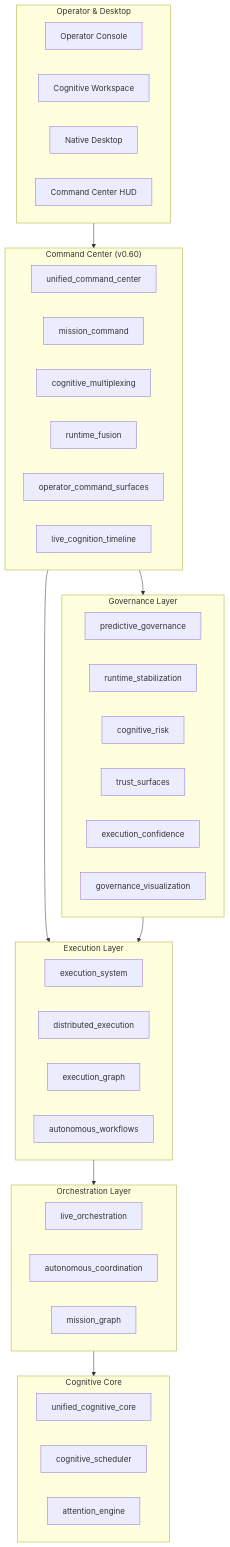
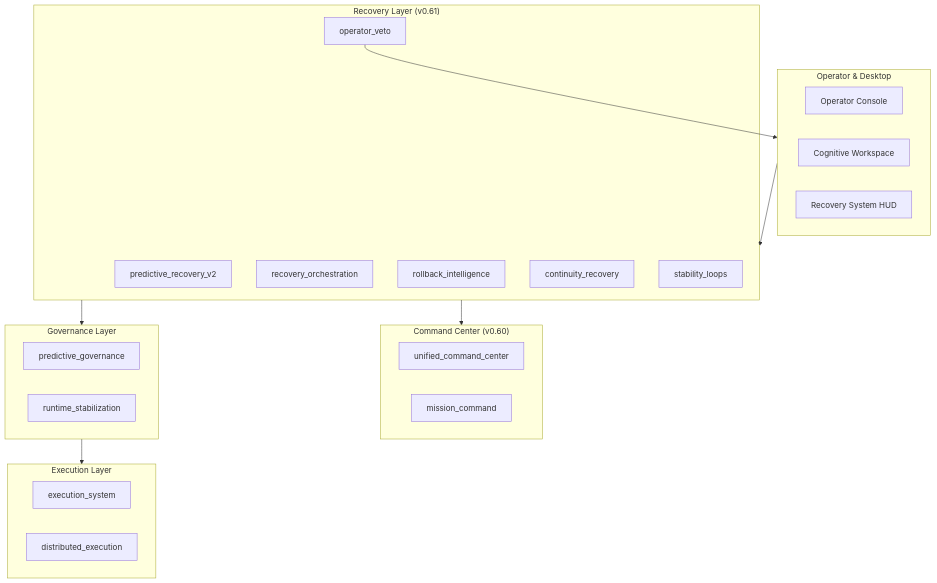
The seventh of 7 diagrams in README.md (FrostXMello/odin-runtime), drawn with Mermaid before and after one commit. The commit also changed other lines of this file and 27 other files, not shown here.

````diff
--- a/README.md
+++ b/README.md
@@ -275,53 +255,38 @@
 ```mermaid
 flowchart TB
     subgraph UI["Operator & Desktop"]
         OC[Operator Console]
         CW[Cognitive Workspace]
-        ND[Native Desktop]
-        CC[Command Center HUD]
+        RS_UI[Recovery System HUD]
+    end
+
+    subgraph Recovery["Recovery Layer (v0.61)"]
+        PR[predictive_recovery_v2]
+        RO[recovery_orchestration]
+        RI[rollback_intelligence]
+        CR[continuity_recovery]
+        SL[stability_loops]
+        OV[operator_veto]
     end
 
     subgraph Command["Command Center (v0.60)"]
         UCC[unified_command_center]
         MC[mission_command]
-        CM[cognitive_multiplexing]
-        RF[runtime_fusion]
-        OCS[operator_command_surfaces]
-        LCT[live_cognition_timeline]
     end
 
     subgraph Gov["Governance Layer"]
         PG[predictive_governance]
         RS[runtime_stabilization]
-        CR[cognitive_risk]
-        TS[trust_surfaces]
-        EC[execution_confidence]
-        GV[governance_visualization]
     end
 
     subgraph Exec["Execution Layer"]
         ES[execution_system]
         DE[distributed_execution]
-        EG[execution_graph]
-        AW[autonomous_workflows]
     end
 
-    subgraph Orch["Orchestration Layer"]
-        LO[live_orchestration]
-        AC[autonomous_coordination]
-        MG[mission_graph]
-    end
-
-    subgraph Core["Cognitive Core"]
-        UCCore[unified_cognitive_core]
-        SCH[cognitive_scheduler]
-        AE[attention_engine]
-    end
-
-    UI --> Command
-    Command --> Gov
-    Command --> Exec
+    UI --> Recovery
+    Recovery --> Command
+    Recovery --> Gov
     Gov --> Exec
-    Exec --> Orch
-    Orch --> Core
+    OV --> UI
 ```
````
